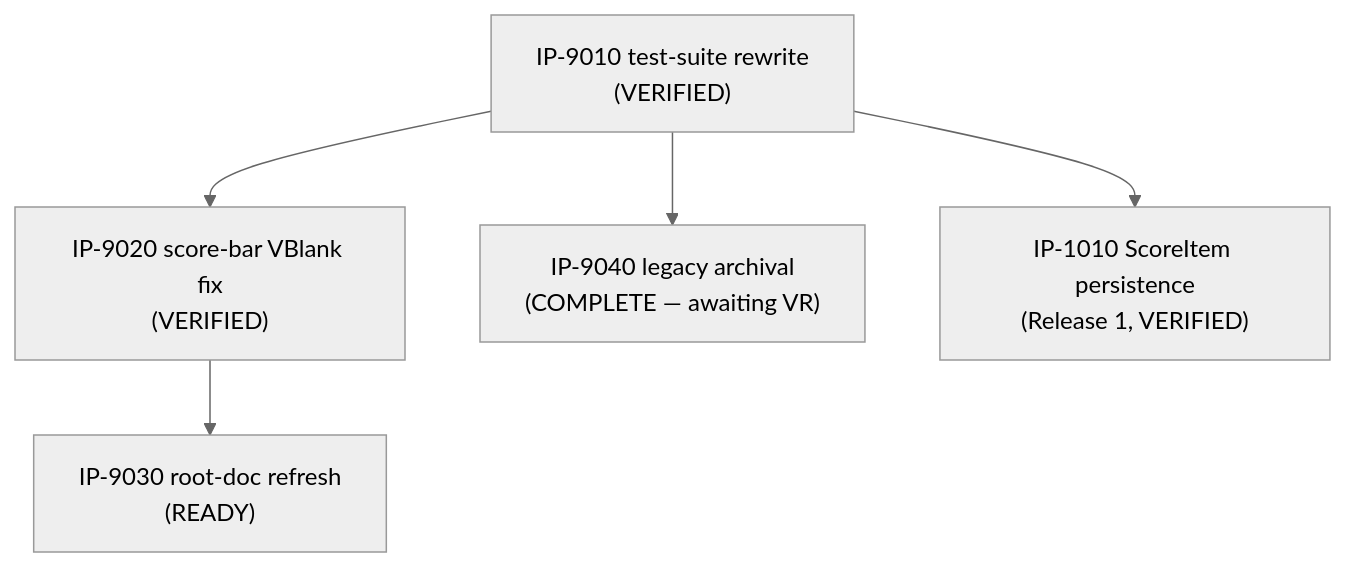
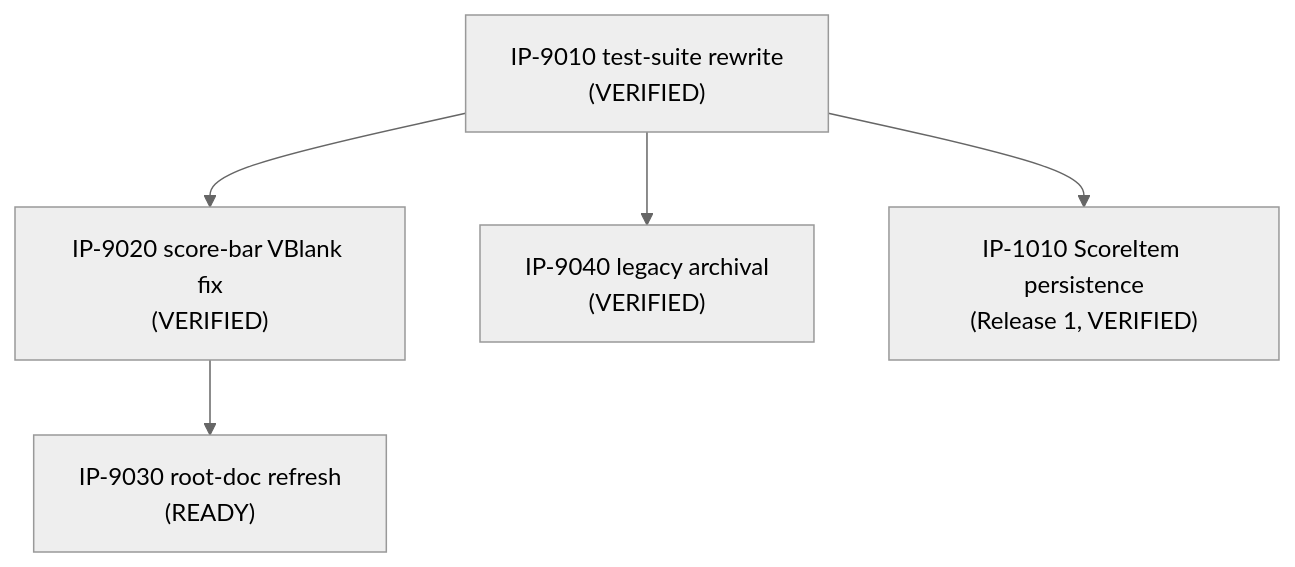
The diagram in docs/implementation/00-master-build-plan.md (Zabin/RsGame), drawn with Mermaid (neutral theme) before and after one commit. The commit also changed other lines of this file and 3 other files, not shown here.

````diff
--- a/docs/implementation/00-master-build-plan.md
+++ b/docs/implementation/00-master-build-plan.md
@@ -26,12 +26,12 @@
 ```mermaid
 graph TD
     IP9010["IP-9010 test-suite rewrite<br/>(VERIFIED)"]
     IP9020["IP-9020 score-bar VBlank fix<br/>(VERIFIED)"]
     IP9030["IP-9030 root-doc refresh<br/>(READY)"]
-    IP9040["IP-9040 legacy archival<br/>(COMPLETE — awaiting VR)"]
+    IP9040["IP-9040 legacy archival<br/>(VERIFIED)"]
     IP1010["IP-1010 ScoreItem persistence<br/>(Release 1, VERIFIED)"]
     IP9010 --> IP9020
     IP9010 --> IP9040
     IP9010 --> IP1010
     IP9020 --> IP9030
 ```
````
